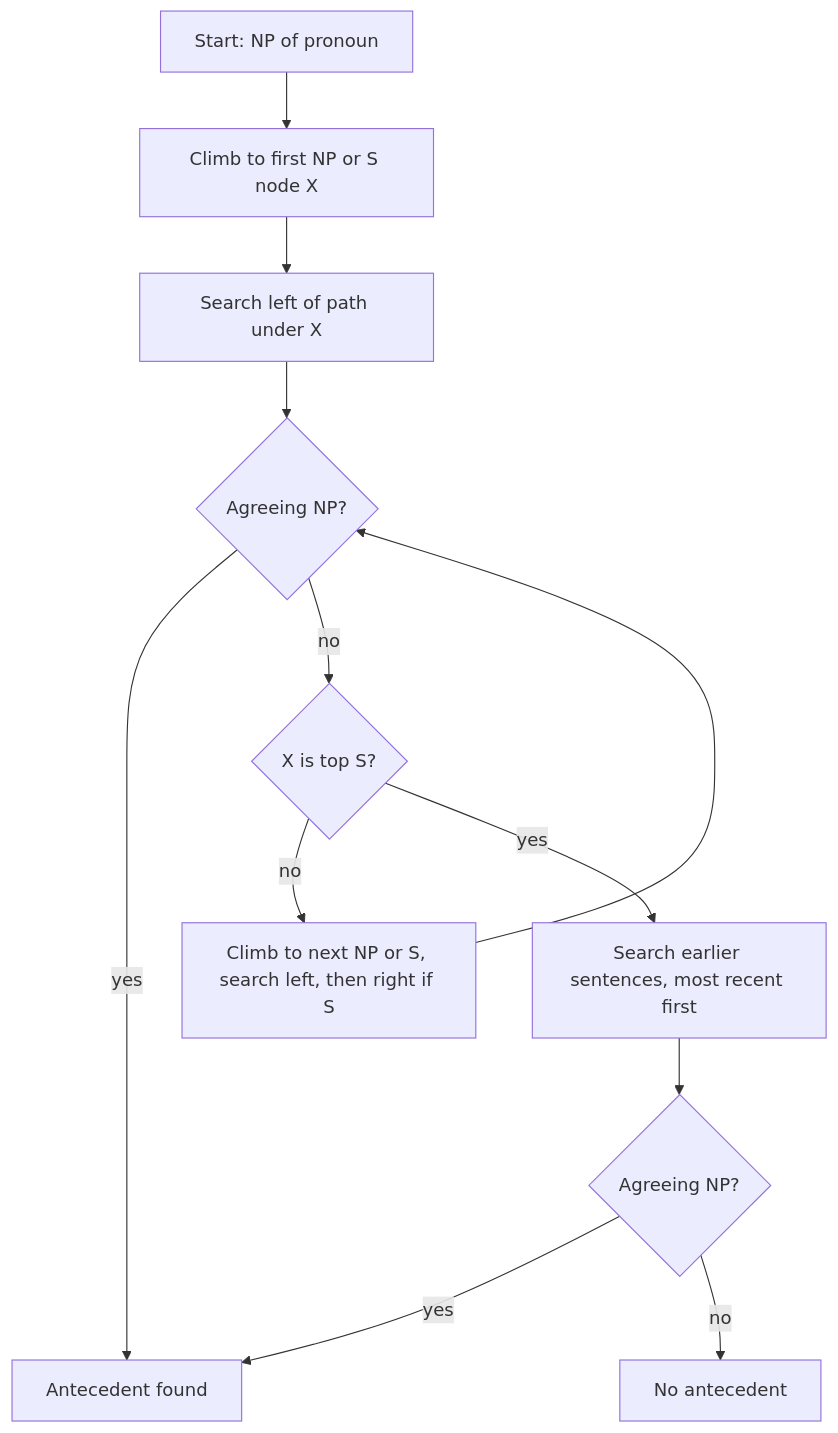
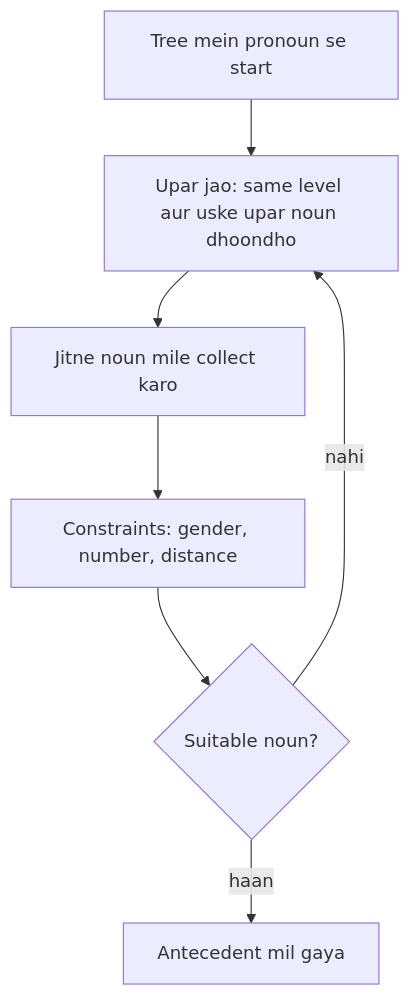
The diagram in content/natural-language-processing/pyq/2025-05/q2a.hi.mdx (TrendySloth1001/sem-seven-notes), drawn with Mermaid before and after one commit. The commit also changed other lines of this file and 406 other files, not shown here.

````diff
--- a/content/natural-language-processing/pyq/2025-05/q2a.hi.mdx
+++ b/content/natural-language-processing/pyq/2025-05/q2a.hi.mdx
@@ -27,15 +16,10 @@
 ```mermaid
-%% caption: Hobbs search pronoun se upar jaata hai, apna sentence search karta hai, phir pehle ke sentences, aur pehle agreeing NP par ruk jaata hai.
+%% caption: Hobbs ke chaar steps. Agar koi noun constraints pass nahi karta, to search repeat hota hai.
 flowchart TD
-  A["Start: NP of pronoun"] --> B["Climb to first NP or S node X"]
-  B --> C["Search left of path under X"]
-  C --> D{"Agreeing NP?"}
-  D -->|"yes"| Z["Antecedent found"]
-  D -->|"no"| E{"X is top S?"}
-  E -->|"no"| F["Climb to next NP or S, search left, then right if S"]
-  F --> D
-  E -->|"yes"| G["Search earlier sentences, most recent first"]
-  G --> H{"Agreeing NP?"}
-  H -->|"yes"| Z
-  H -->|"no"| Y["No antecedent"]
+  A["Tree mein pronoun se start"] --> B["Upar jao: same level aur uske upar noun dhoondho"]
+  B --> C["Jitne noun mile collect karo"]
+  C --> D["Constraints: gender, number, distance"]
+  D --> E{"Suitable noun?"}
+  E -->|"haan"| F["Antecedent mil gaya"]
+  E -->|"nahi"| B
 ```
````
